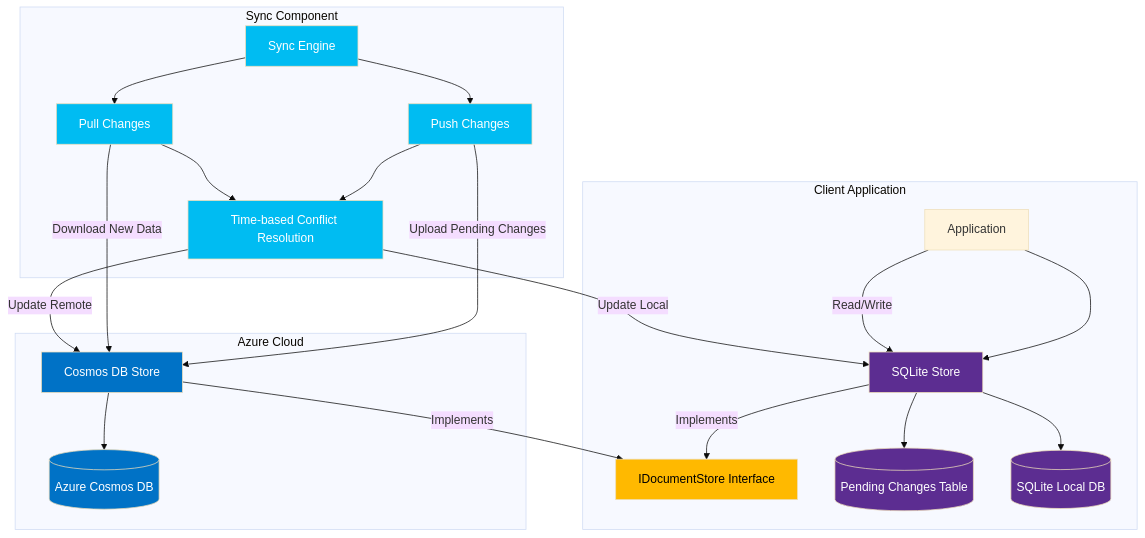
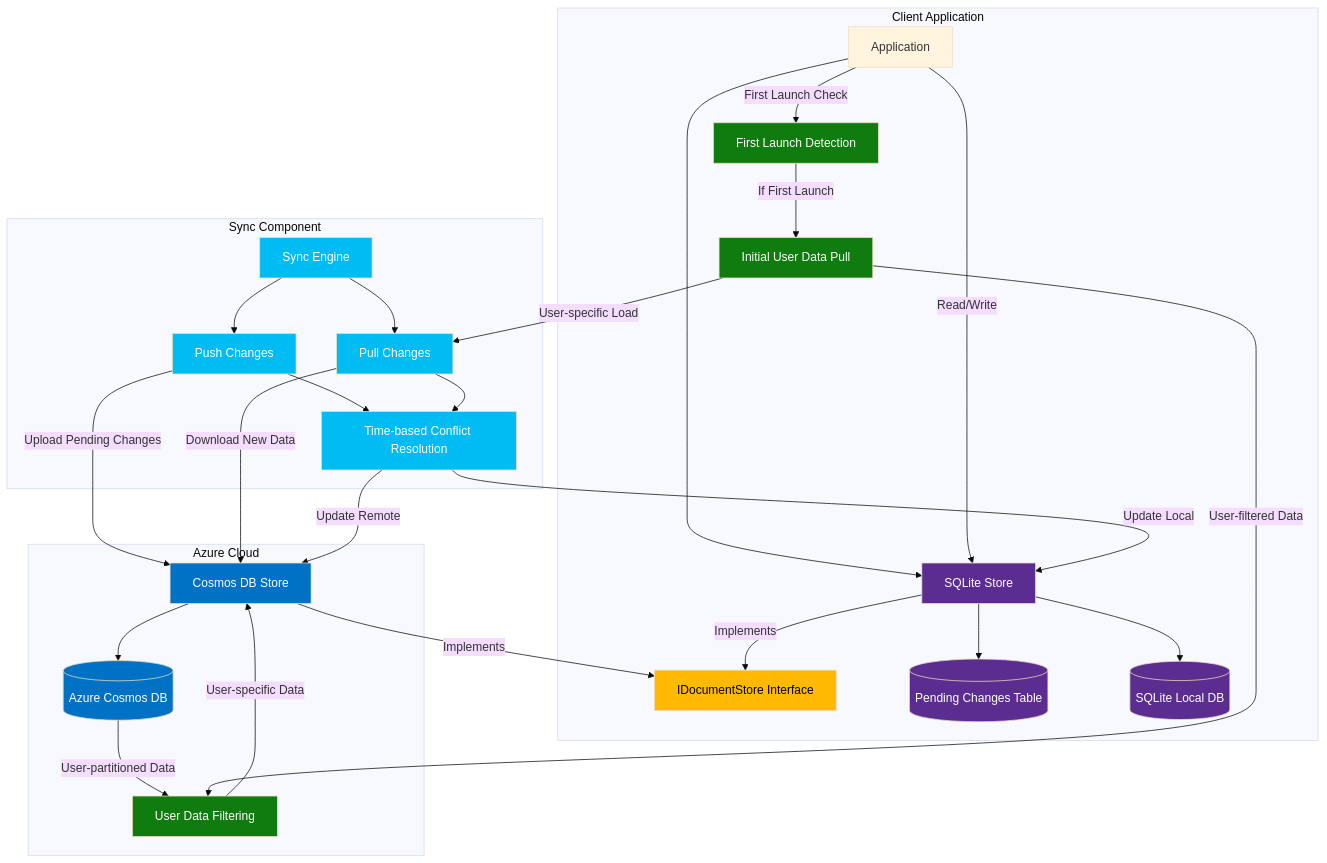
The first of 2 diagrams in README.md (madhugilla/customsync), drawn with Mermaid (base theme) before and after one commit. The commit also changed other lines of this file and 6 other files, not shown here.

````diff
--- a/README.md
+++ b/README.md
@@ -11,37 +11,45 @@
 ```mermaid
 graph TD
     subgraph Client Application
         App[Application] --> LocalStore[SQLite Store]
         LocalStore -- Implements --> IStore[IDocumentStore Interface]
         LocalStore --> PendingChanges[(Pending Changes Table)]
         LocalStore --> LocalDB[(SQLite Local DB)]
+        App -- First Launch Check --> FirstLaunch[First Launch Detection]
+        FirstLaunch -- If First Launch --> InitialPull[Initial User Data Pull]
     end
     
     subgraph Sync Component
         SyncEngine[Sync Engine] --> Push[Push Changes]
         SyncEngine --> Pull[Pull Changes]
+        InitialPull -- User-specific Load --> Pull
         Push --> ConflictResolution[Time-based Conflict Resolution]
         Pull --> ConflictResolution
     end
     
     subgraph Azure Cloud
         RemoteStore[Cosmos DB Store] -- Implements --> IStore
         RemoteStore --> CosmosDB[(Azure Cosmos DB)]
+        CosmosDB -- User-partitioned Data --> UserFilter[User Data Filtering]
     end
     
     App -- Read/Write --> LocalStore
     Push -- Upload Pending Changes --> RemoteStore
     Pull -- Download New Data --> RemoteStore
+    InitialPull -- User-filtered Data --> UserFilter
+    UserFilter -- User-specific Data --> RemoteStore
     ConflictResolution -- Update Local --> LocalStore
     ConflictResolution -- Update Remote --> RemoteStore
     
     classDef azure fill:#0072C6,color:white;
     classDef local fill:#5C2D91,color:white;
     classDef component fill:#00BCF2,color:white;
     classDef interface fill:#FFB900,color:black;
+    classDef user fill:#107C10,color:white;
     
     class RemoteStore,CosmosDB azure;
     class LocalStore,LocalDB,PendingChanges local;
     class SyncEngine,Push,Pull,ConflictResolution component;
     class IStore interface;
+    class FirstLaunch,InitialPull,UserFilter user;
 ```
````
